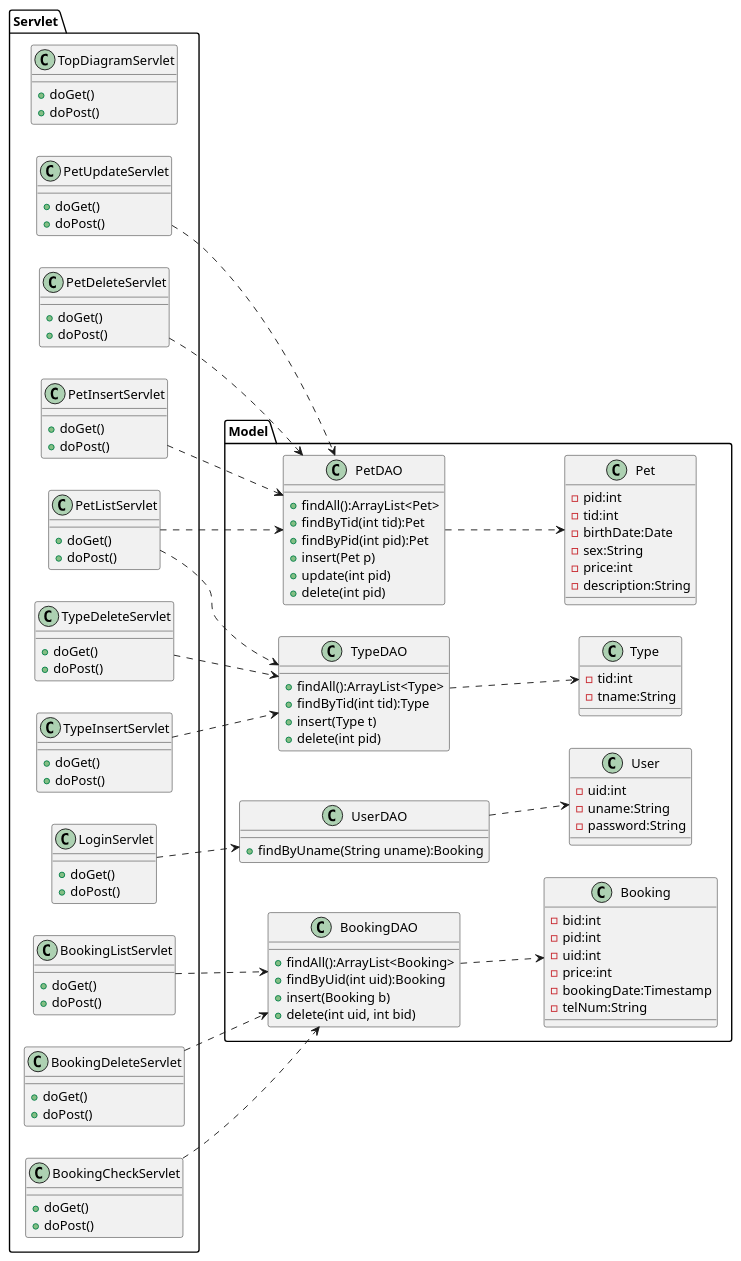
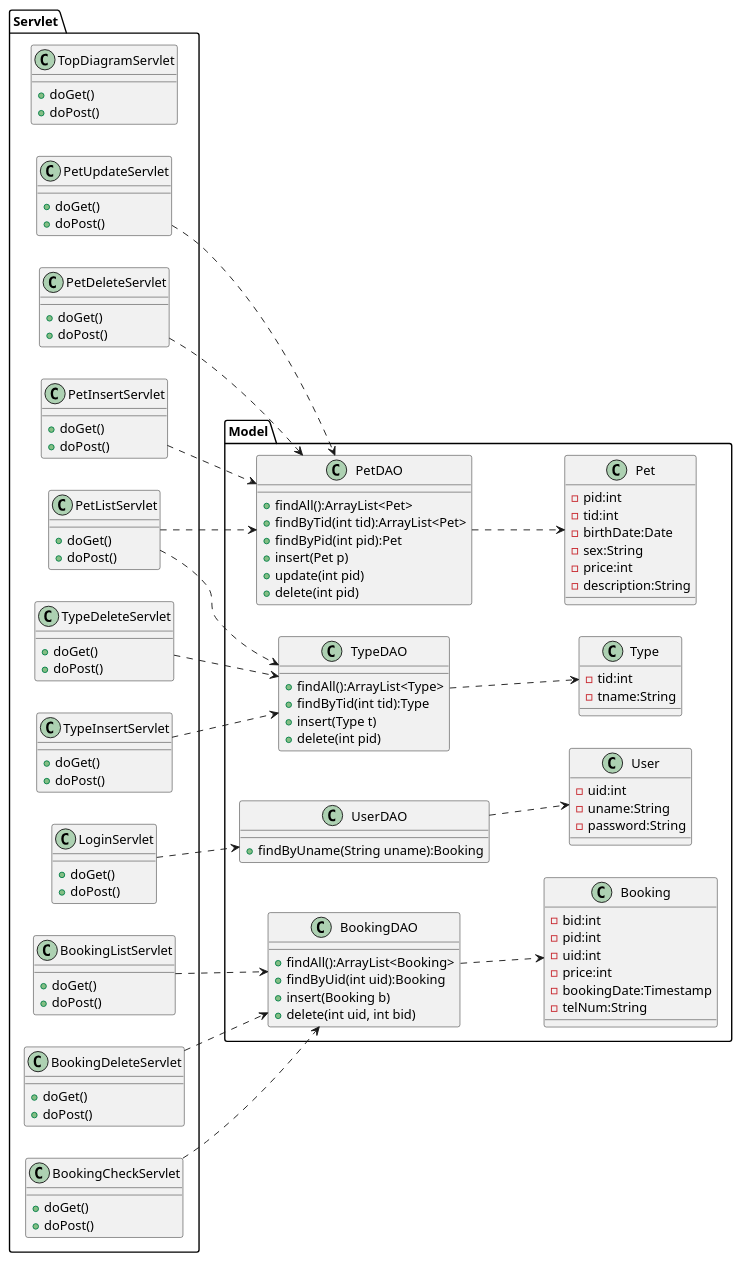
One commit to Tyamanaka07/WebSystem changed the diagram in detail.uml/class.pu. Above: the diagram before and after it, drawn with PlantUML.

```diff
--- a/detail.uml/class.pu
+++ b/detail.uml/class.pu
@@ -1,136 +1,136 @@
 @startuml
 left to right direction
 
 package Model{
 	class Pet{
 		-pid:int
 		-tid:int
 		-birthDate:Date
 		-sex:String
 		-price:int
 		-description:String
 	}
 
 	class Type{
 		-tid:int
 		-tname:String
 	}
 
 	class User{
 		-uid:int
 		-uname:String
 		-password:String
 	}
 
 	class Booking{
 		-bid:int
 		-pid:int
 		-uid:int
 		-price:int
 		-bookingDate:Timestamp
 		-telNum:String
 	}
 
 	class PetDAO{
 		+findAll():ArrayList<Pet>
-		+findByTid(int tid):Pet
+		+findByTid(int tid):ArrayList<Pet>
 		+findByPid(int pid):Pet
 		+insert(Pet p)
 		+update(int pid)
 		+delete(int pid)
 	}
 
 	class TypeDAO{
 		+findAll():ArrayList<Type>
 		+findByTid(int tid):Type
 		+insert(Type t)
 		+delete(int pid)
 	}
 
 	class UserDAO{
 		+findByUname(String uname):Booking
 	}
 
 	class BookingDAO{
 		+findAll():ArrayList<Booking>
 		+findByUid(int uid):Booking
 		+insert(Booking b)
 		+delete(int uid, int bid)
 	}
 }
 
 package Servlet{
 	class TopDiagramServlet{
 		+doGet()
 		+doPost()
 	}
 
 	class PetListServlet{
 		+doGet()
 		+doPost()
 	}
 
 	class LoginServlet{
 		+doGet()
 		+doPost()
 	}
 
 	class PetInsertServlet{
 		+doGet()
 		+doPost()
 	}
 
 	class PetUpdateServlet{
 		+doGet()
 		+doPost()
 	}
 
 	class PetDeleteServlet{
 		+doGet()
 		+doPost()
 	}
 
 	class TypeInsertServlet{
 		+doGet()
 		+doPost()
 	}
 
 	class TypeDeleteServlet{
 		+doGet()
 		+doPost()
 	}
 
 	class BookingCheckServlet{
 		+doGet()
 		+doPost()
 	}
 
 	class BookingListServlet{
 		+doGet()
 		+doPost()
 	}
 
 	class BookingDeleteServlet{
 		+doGet()
 		+doPost()
 	}
 }
 
 
 PetListServlet..>TypeDAO
 TypeInsertServlet..>TypeDAO
 TypeDeleteServlet..>TypeDAO
 PetListServlet..>PetDAO
 PetInsertServlet..>PetDAO
 PetUpdateServlet..>PetDAO
 PetDeleteServlet..>PetDAO
 LoginServlet..>UserDAO
 BookingCheckServlet..>BookingDAO
 BookingListServlet..>BookingDAO
 BookingDeleteServlet..>BookingDAO
 
 BookingDAO..>Booking
 PetDAO..>Pet
 TypeDAO..>Type
 UserDAO..>User
 @enduml
```
